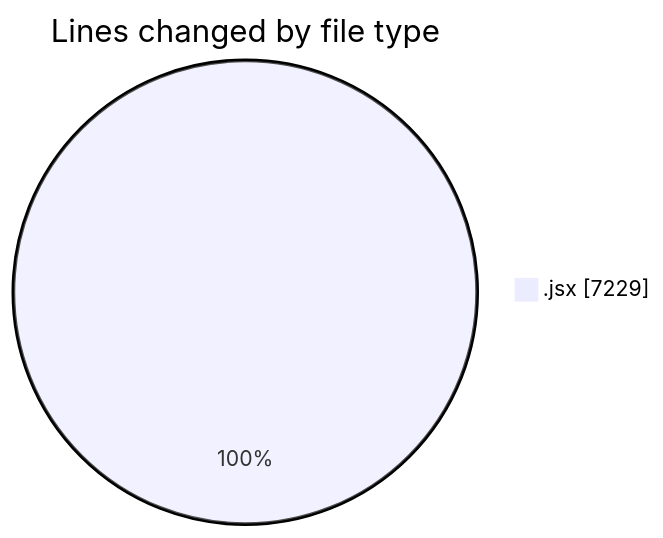
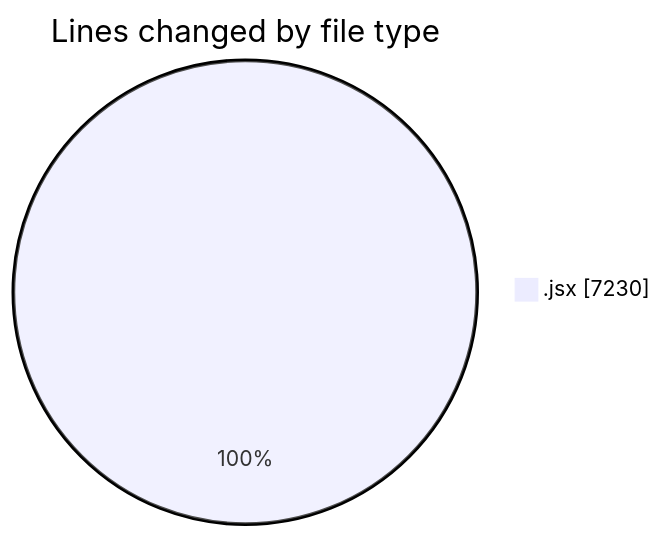
Before and after one commit to nxtqubesakshisongat/code-tracking: the first of 2 diagrams in 2025-05-14/argos-dev/README.md, drawn with Mermaid. The commit also changed other lines of this file and 1 other file, not shown here.

````diff
--- a/2025-05-14/argos-dev/README.md
+++ b/2025-05-14/argos-dev/README.md
@@ -28,5 +28,5 @@
 ```mermaid
 pie showData
 title Lines changed by file type
-".jsx" : 7229
+".jsx" : 7230
 ```
````
